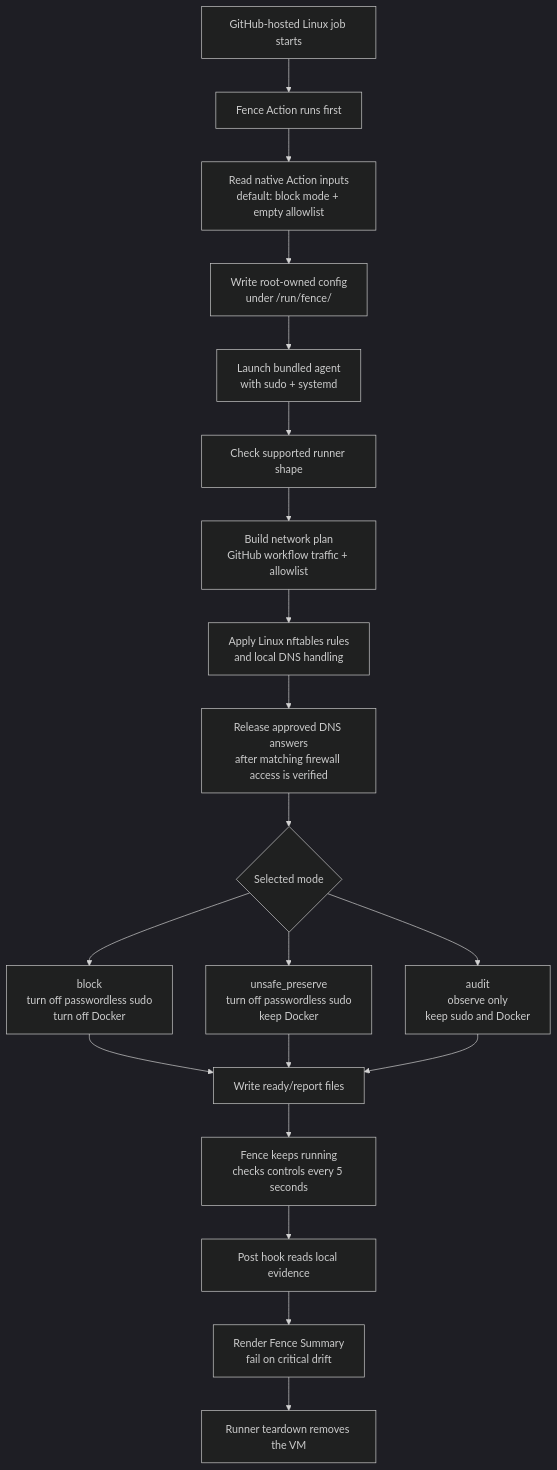
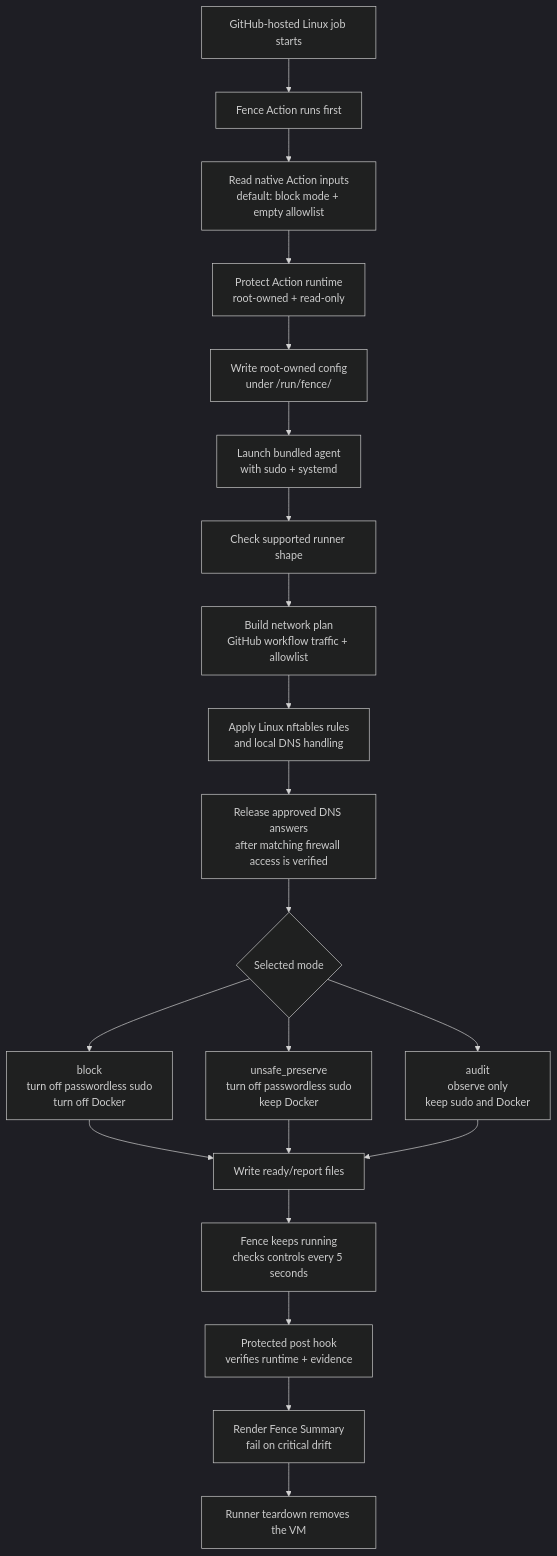
Before and after one commit to openai/fence: the diagram in README.md, drawn with Mermaid (dark theme). The commit also changed other lines of this file and 9 other files, not shown here.

Commit message:
Protect the Action runtime after startup

````diff
--- a/README.md
+++ b/README.md
@@ -133,26 +136,27 @@
 ```mermaid
 flowchart TD
     start["GitHub-hosted Linux job starts"] --> action["Fence Action runs first"]
     action --> input["Read native Action inputs<br/>default: block mode + empty allowlist"]
-    input --> config["Write root-owned config<br/>under /run/fence/"]
+    input --> protect["Protect Action runtime<br/>root-owned + read-only"]
+    protect --> config["Write root-owned config<br/>under /run/fence/"]
     config --> launch["Launch bundled agent<br/>with sudo + systemd"]
 
     launch --> support["Check supported runner shape"]
     support --> plan["Build network plan<br/>GitHub workflow traffic + allowlist"]
     plan --> network["Apply Linux nftables rules<br/>and local DNS handling"]
     network --> gate["Release approved DNS answers<br/>after matching firewall access is verified"]
 
     gate --> mode{"Selected mode"}
     mode --> block["block<br/>turn off passwordless sudo<br/>turn off Docker"]
     mode --> degraded["unsafe_preserve<br/>turn off passwordless sudo<br/>keep Docker"]
     mode --> audit["audit<br/>observe only<br/>keep sudo and Docker"]
 
     block --> ready["Write ready/report files"]
     degraded --> ready
     audit --> ready
 
     ready --> resident["Fence keeps running<br/>checks controls every 5 seconds"]
-    resident --> post["Post hook reads local evidence"]
+    resident --> post["Protected post hook<br/>verifies runtime + evidence"]
     post --> summary["Render Fence Summary<br/>fail on critical drift"]
     summary --> teardown["Runner teardown removes the VM"]
 ```
````
